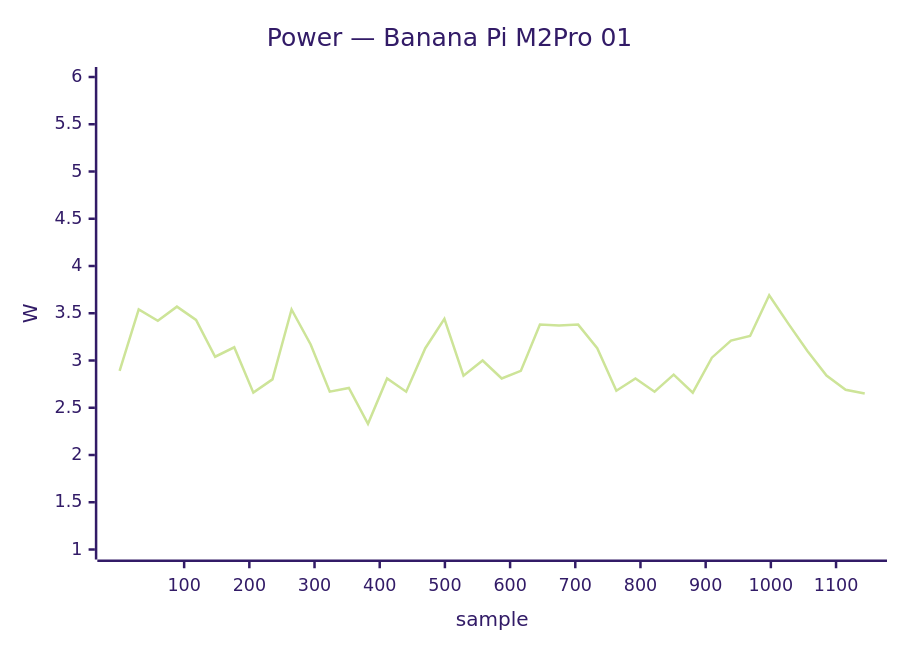
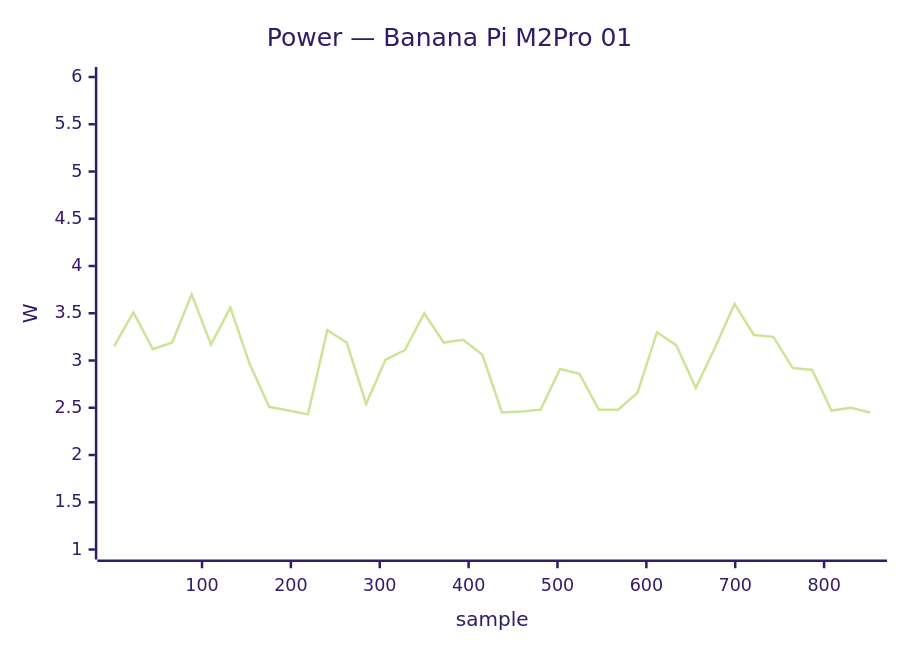
The ninth of 41 diagrams in docs/status/board-tests.md (armbian/documentation), drawn with Mermaid (forest theme) before and after one commit. The commit also changed other lines of this file, not shown here.

````diff
--- a/docs/status/board-tests.md
+++ b/docs/status/board-tests.md
@@ -252,7 +332,7 @@
 ```mermaid
 xychart-beta
     title "Power — Banana Pi M2Pro 01"
-    x-axis "sample" 1 --> 1144
+    x-axis "sample" 1 --> 852
     y-axis "W" 1.0 --> 6.0
-    line [2.89, 3.54, 3.42, 3.57, 3.43, 3.04, 3.14, 2.66, 2.80, 3.54, 3.17, 2.67, 2.71, 2.33, 2.81, 2.67, 3.13, 3.44, 2.84, 3.00, 2.81, 2.89, 3.38, 3.37, 3.38, 3.13, 2.68, 2.81, 2.67, 2.85, 2.66, 3.03, 3.21, 3.26, 3.69, 3.39, 3.10, 2.84, 2.69, 2.65]
+    line [3.15, 3.51, 3.12, 3.19, 3.70, 3.17, 3.56, 2.96, 2.51, 2.47, 2.43, 3.32, 3.19, 2.54, 3.01, 3.11, 3.50, 3.19, 3.22, 3.06, 2.45, 2.46, 2.48, 2.91, 2.86, 2.48, 2.48, 2.66, 3.30, 3.16, 2.71, 3.14, 3.60, 3.27, 3.25, 2.92, 2.90, 2.47, 2.50, 2.45]
 ```
````
